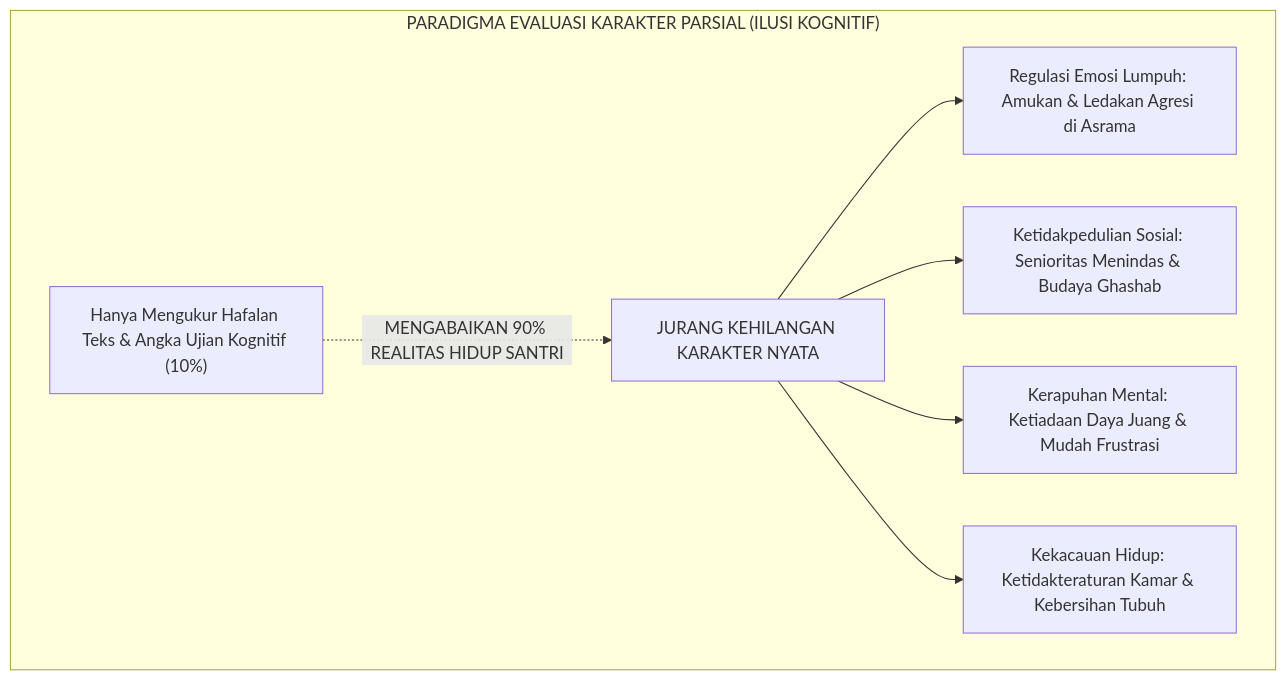
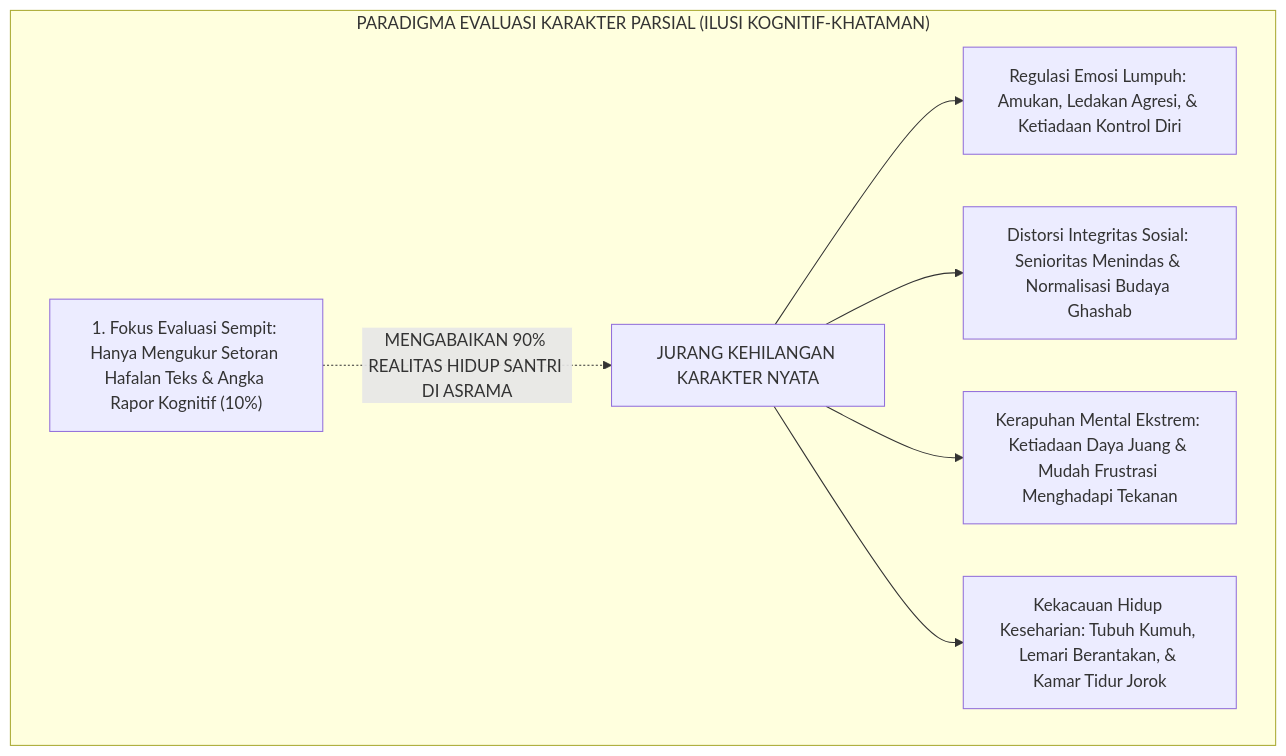
Before and after one commit to wandiapriliyandi/tumbuh: the first of 3 diagrams in BOOK-SERIES/Volume-02/Bab-01-Arsitektur-Kapasitas-Holistik-Berbasis-Fitrah/01-Dekonstruksi-Karakter-Parsial-Menuju-Whole-Child.md, drawn with Mermaid. The commit also changed other lines of this file and 18 other files, not shown here.

````diff
--- a/BOOK-SERIES/Volume-02/Bab-01-Arsitektur-Kapasitas-Holistik-Berbasis-Fitrah/01-Dekonstruksi-Karakter-Parsial-Menuju-Whole-Child.md
+++ b/BOOK-SERIES/Volume-02/Bab-01-Arsitektur-Kapasitas-Holistik-Berbasis-Fitrah/01-Dekonstruksi-Karakter-Parsial-Menuju-Whole-Child.md
@@ -25,11 +22,11 @@
 ```mermaid
 graph TD
-    subgraph Reduksionisme["PARADIGMA EVALUASI KARAKTER PARSIAL (ILUSI KOGNITIF)"]
-        Hafalan["Hanya Mengukur Hafalan Teks & Angka Ujian Kognitif (10%)"]
-        Hafalan -.->|"MENGABAIKAN 90% REALITAS HIDUP SANTRI"| Jurang["JURANG KEHILANGAN KARAKTER NYATA"]
-        Jurang --> Buta1["Regulasi Emosi Lumpuh: Amukan & Ledakan Agresi di Asrama"]
-        Jurang --> Buta2["Ketidakpedulian Sosial: Senioritas Menindas & Budaya Ghashab"]
-        Jurang --> Buta3["Kerapuhan Mental: Ketiadaan Daya Juang & Mudah Frustrasi"]
-        Jurang --> Buta4["Kekacauan Hidup: Ketidakteraturan Kamar & Kebersihan Tubuh"]
+    subgraph Reduksionisme["PARADIGMA EVALUASI KARAKTER PARSIAL (ILUSI KOGNITIF-KHATAMAN)"]
+        Hafalan["1. Fokus Evaluasi Sempit: Hanya Mengukur Setoran Hafalan Teks & Angka Rapor Kognitif (10%)"]
+        Hafalan -.->|"MENGABAIKAN 90% REALITAS HIDUP SANTRI DI ASRAMA"| Jurang["JURANG KEHILANGAN KARAKTER NYATA"]
+        Jurang --> Buta1["Regulasi Emosi Lumpuh: Amukan, Ledakan Agresi, & Ketiadaan Kontrol Diri"]
+        Jurang --> Buta2["Distorsi Integritas Sosial: Senioritas Menindas & Normalisasi Budaya Ghashab"]
+        Jurang --> Buta3["Kerapuhan Mental Ekstrem: Ketiadaan Daya Juang & Mudah Frustrasi Menghadapi Tekanan"]
+        Jurang --> Buta4["Kekacauan Hidup Keseharian: Tubuh Kumuh, Lemari Berantakan, & Kamar Tidur Jorok"]
     end
 ```
````
